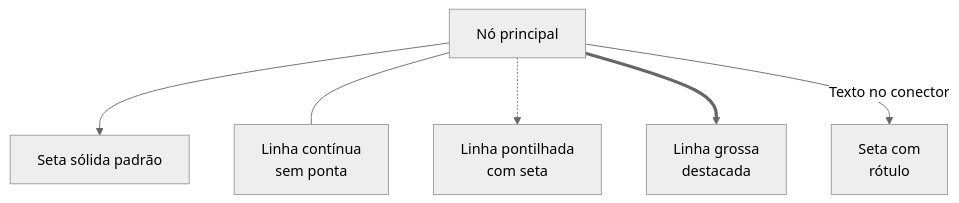
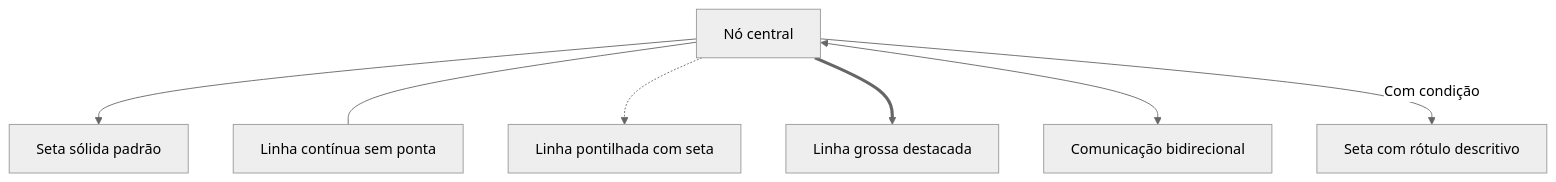
Before and after one commit to leorruas/programacao: the second of 14 diagrams in mermaid/Sintaxe e possibilidades com Mermaid.md, drawn with Mermaid (neutral theme). The commit also changed other lines of this file and 1 other file, not shown here.

Commit message:
docs(mermaid): expandir exaustivamente sintaxe, diagramas e recursos do mermaid

````diff
--- a/mermaid/Sintaxe e possibilidades com Mermaid.md
+++ b/mermaid/Sintaxe e possibilidades com Mermaid.md
@@ -53,9 +75,10 @@
 ```mermaid
 flowchart TD
-    Origem["Nó principal"]
-    Origem --> SetaSolida["Seta sólida padrão"]
-    Origem --- LinhaContinua["Linha contínua<br>sem ponta"]
-    Origem -.-> LinhaPontilhada["Linha pontilhada<br>com seta"]
-    Origem ==> LinhaGrossa["Linha grossa<br>destacada"]
-    Origem -->|Texto no conector| SetaRotulo["Seta com<br>rótulo"]
+    Origem["Nó central"]
+    Origem --> Solida["Seta sólida padrão"]
+    Origem --- SemPonta["Linha contínua sem ponta"]
+    Origem -.-> Pontilhada["Linha pontilhada com seta"]
+    Origem ==> Grossa["Linha grossa destacada"]
+    Origem <--> Dupla["Comunicação bidirecional"]
+    Origem -->|Com condição| ComTexto["Seta com rótulo descritivo"]
 ```
````
